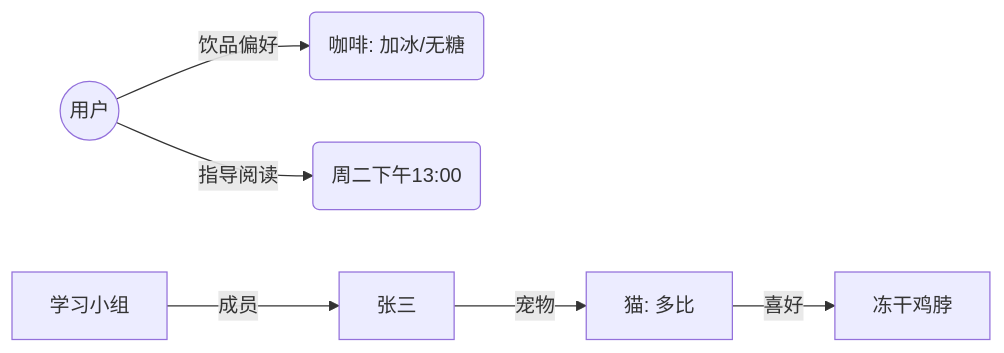
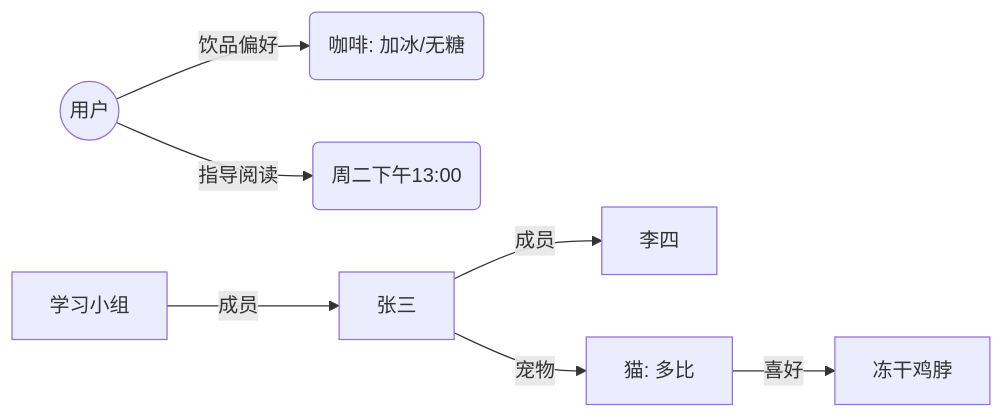
One commit to j051048/nexus-ai-command changed the second of 2 diagrams in docs/graph-memory-design.md. Above: the diagram before and after it, drawn with Mermaid. The commit also changed other lines of this file and 10 other files, not shown here.

````diff
--- a/docs/graph-memory-design.md
+++ b/docs/graph-memory-design.md
@@ -53,8 +60,9 @@
 ```mermaid
 graph LR
     User((用户)) -- 饮品偏好 --> Coffee(咖啡: 加冰/无糖)
     User -- 指导阅读 --> Time(周二下午13:00)
     StudyGroup[学习小组] -- 成员 --> ZhangSan[张三]
+    ZhangSan -- 成员 --> LiSi[李四]
     ZhangSan -- 宠物 --> Dobby[猫: 多比]
     Dobby -- 喜好 --> Snack[冻干鸡脖]
 ```
````
